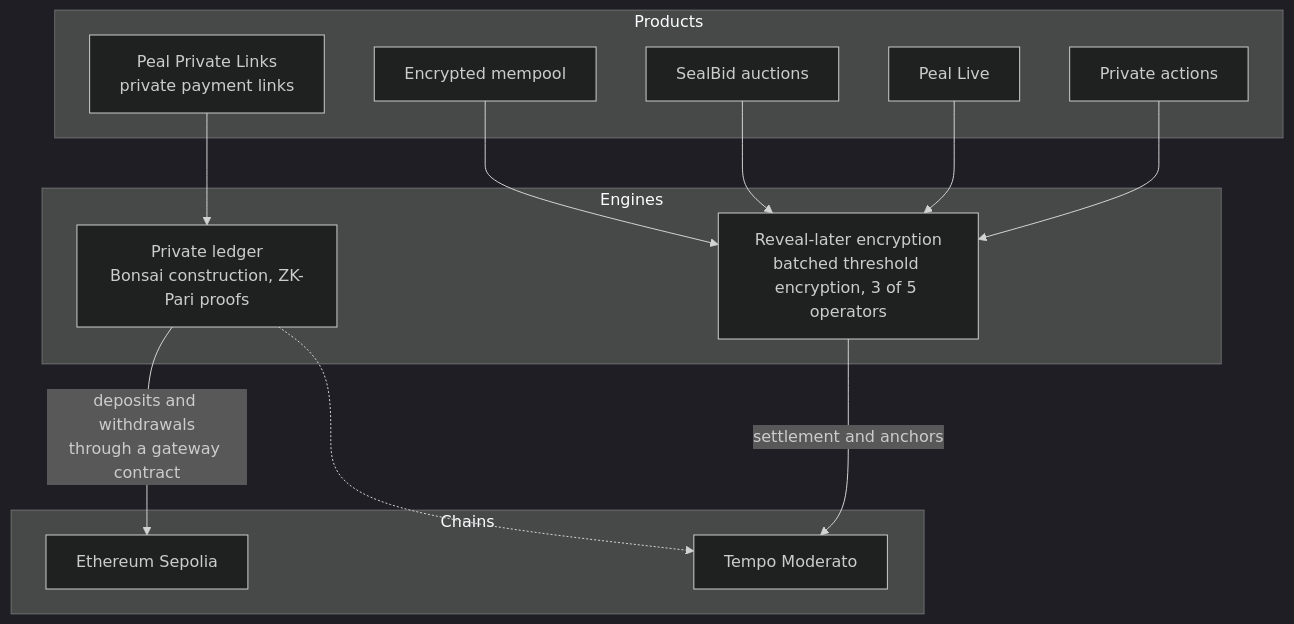
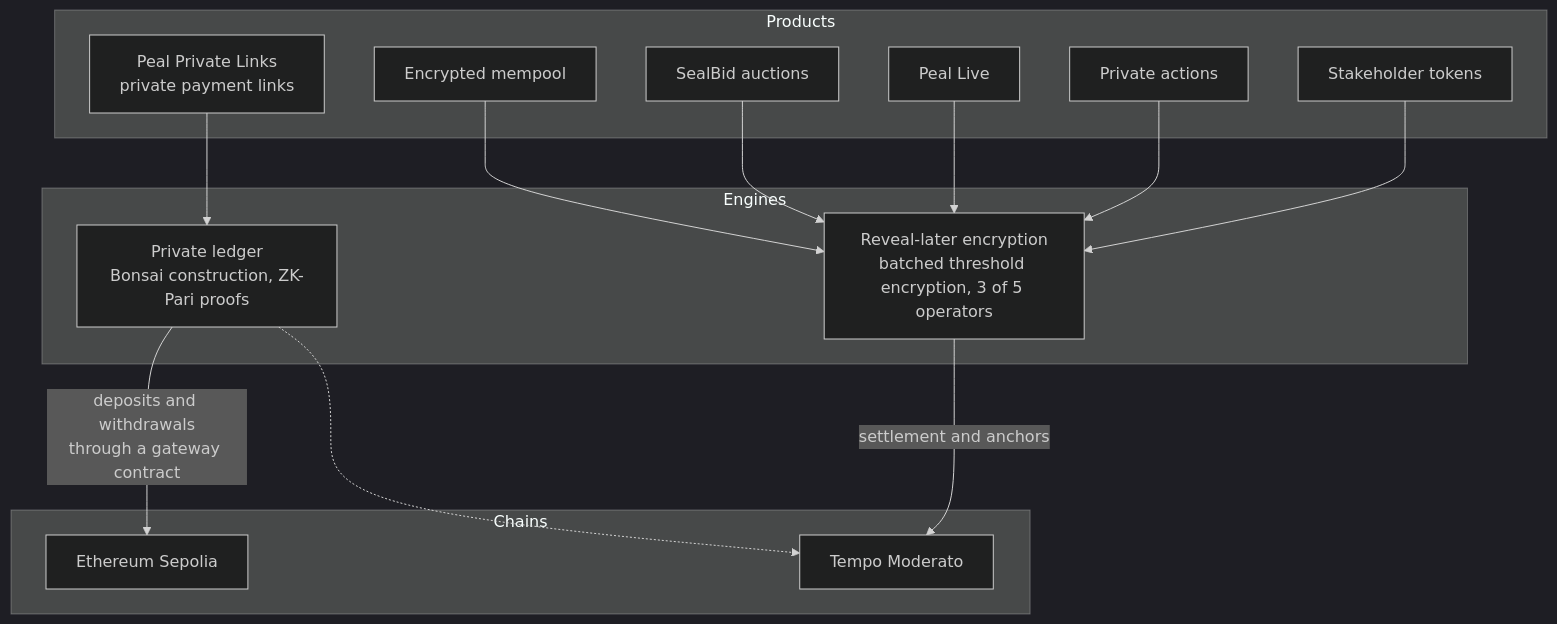
The first of 6 diagrams in README.md (Adityaakr/peal), drawn with Mermaid (dark theme) before and after one commit. The commit also changed other lines of this file, not shown here.

Commit message:
docs: README rewritten around what is live and what to build: a use-case table for each engine, every product in technical depth including stakeholder tokens and x402, the operation relation of the private ledger spelled out, the developer surface in one table; caveat sections removed

````diff
--- a/README.md
+++ b/README.md
@@ -36,26 +29,28 @@
 ```mermaid
 flowchart TB
     subgraph products["Products"]
         PL["Peal Private Links<br/>private payment links"]
         EM["Encrypted mempool"]
         SB["SealBid auctions"]
         LV["Peal Live"]
         PA["Private actions"]
+        ST["Stakeholder tokens"]
     end
     subgraph engines["Engines"]
         BTE["Reveal-later encryption<br/>batched threshold encryption, 3 of 5 operators"]
         BON["Private ledger<br/>Bonsai construction, ZK-Pari proofs"]
     end
     subgraph chains["Chains"]
         SEP["Ethereum Sepolia"]
         TMP["Tempo Moderato"]
     end
     EM --> BTE
     SB --> BTE
     LV --> BTE
     PA --> BTE
+    ST --> BTE
     PL --> BON
     BON -- "deposits and withdrawals<br/>through a gateway contract" --> SEP
     BON -.-> TMP
     BTE -- "settlement and anchors" --> TMP
 ```
````
